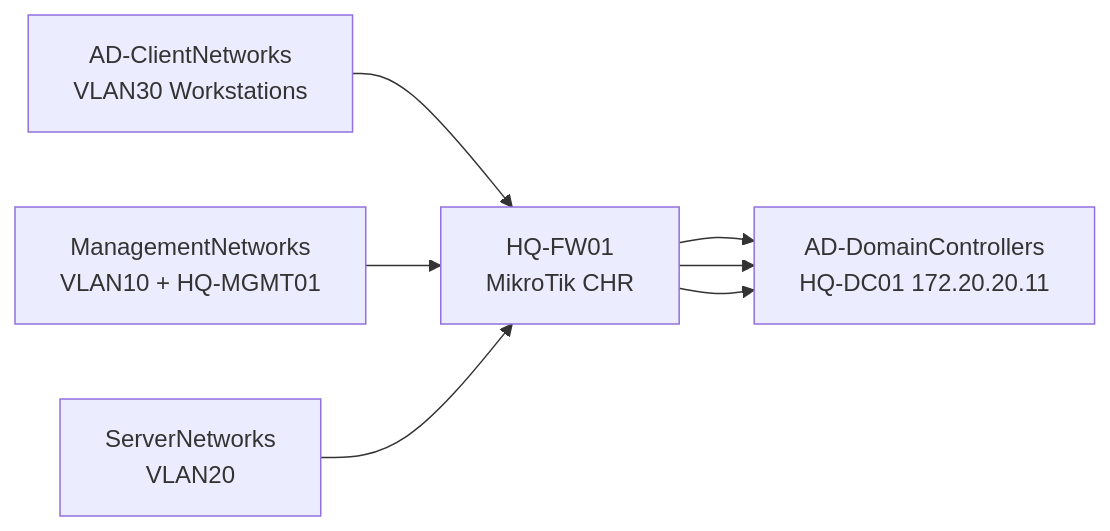
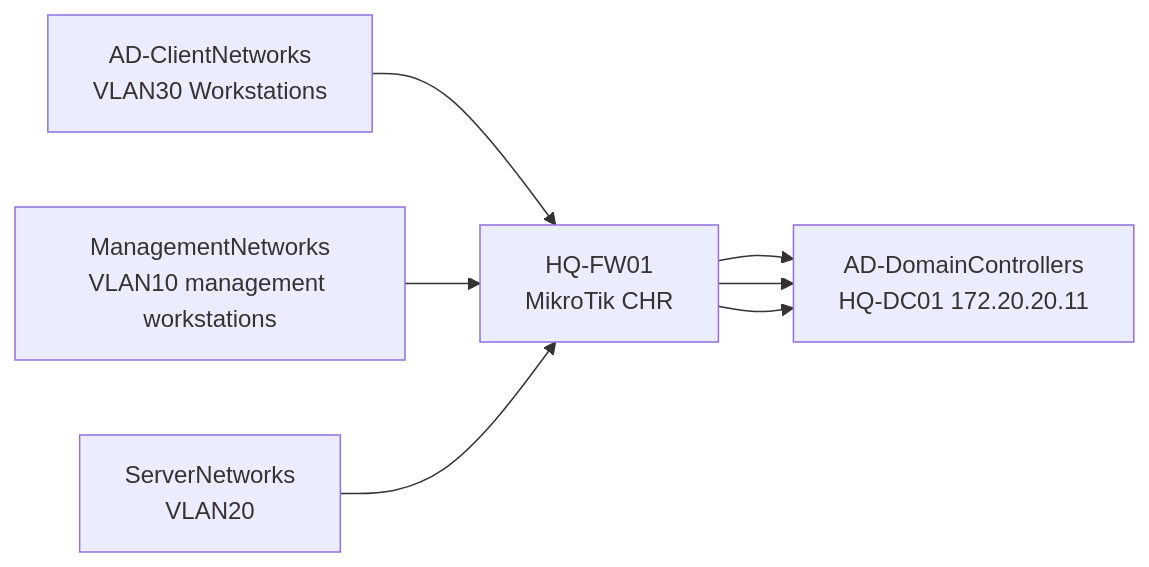
Before and after one commit to gntech-dev/geil-enterprise-docs: the diagram in docs/platform/active-directory-network-requirements.md, drawn with Mermaid. The commit also changed other lines of this file and 22 other files, not shown here.

Commit message:
docs: move HQ-MGMT01 to management VLAN

````diff
--- a/docs/platform/active-directory-network-requirements.md
+++ b/docs/platform/active-directory-network-requirements.md
@@ -59,12 +59,12 @@
 ```mermaid
 flowchart LR
     CLIENTS[AD-ClientNetworks\nVLAN30 Workstations]
-    MGMT[ManagementNetworks\nVLAN10 + HQ-MGMT01]
+    MGMT[ManagementNetworks\nVLAN10 management workstations]
     SERVERS[ServerNetworks\nVLAN20]
     FW[HQ-FW01\nMikroTik CHR]
     DCS[AD-DomainControllers\nHQ-DC01 172.20.20.11]
 
     CLIENTS --> FW --> DCS
     MGMT --> FW --> DCS
     SERVERS --> FW --> DCS
 ```
````
